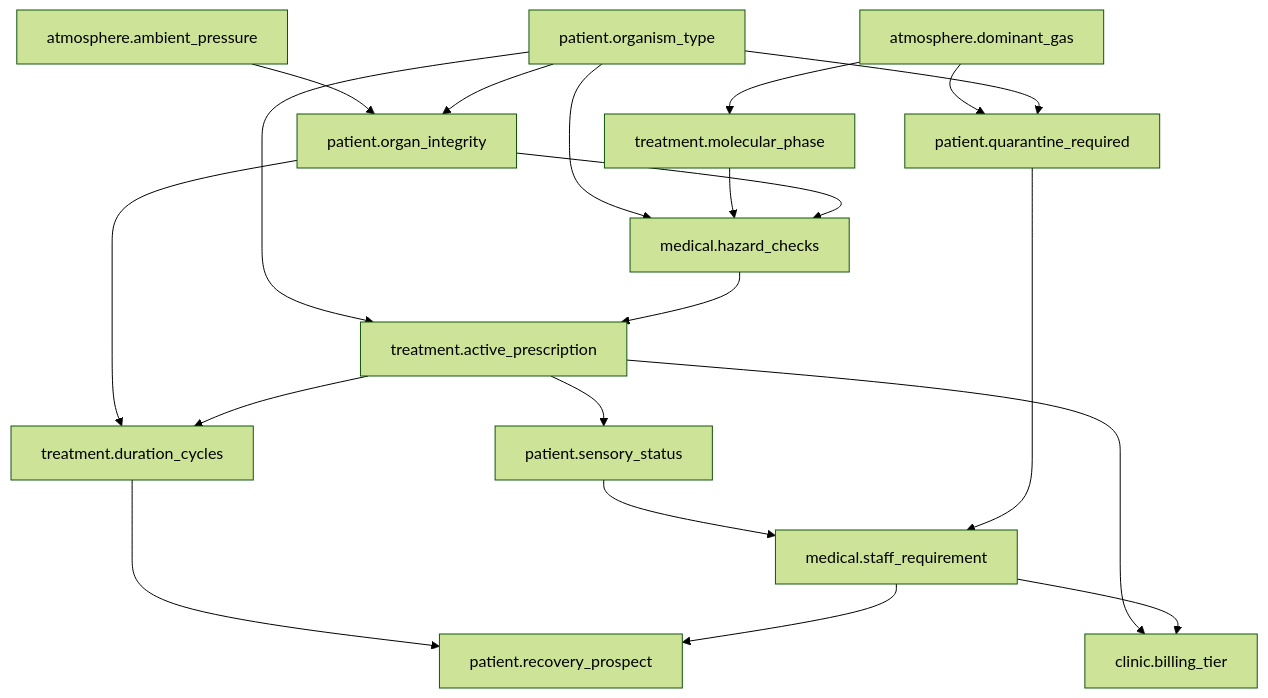
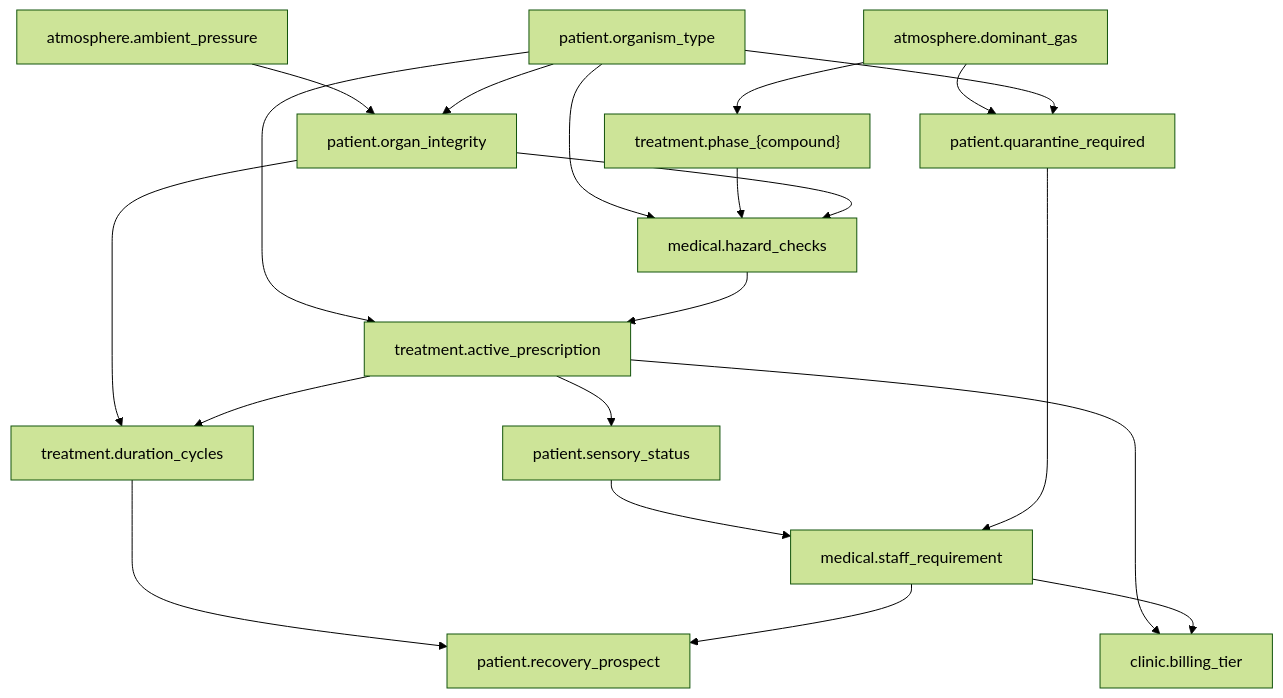
The second of 2 diagrams in domains.md (sultann-301/Belief-Aware-LLMs), drawn with Mermaid (forest theme) before and after one commit. The commit also changed other lines of this file, not shown here.

````diff
--- a/domains.md
+++ b/domains.md
@@ -306,33 +311,33 @@
 ```mermaid
 graph TD
     %% Atmospheric Drivers
-    Atmos_Gas["atmosphere.dominant_gas"] --> Phase["treatment.molecular_phase"]
+    Atmos_Gas["atmosphere.dominant_gas"] --> Phase["treatment.phase_{compound}"]
     Atmos_Gas --> Quar["patient.quarantine_required"]
     Atmos_Press["atmosphere.ambient_pressure"] --> Integrity["patient.organ_integrity"]
 
     %% Biological Inputs
     Species["patient.organism_type"] --> Integrity
     Species --> Quar
     Species --> Hazards["medical.hazard_checks"]
 
     %% Treatment Inputs
     Phase --> Hazards
     Integrity --> Hazards
     Integrity --> Dur["treatment.duration_cycles"]
 
     %% Selection & Cascades
     Species --> Selection["treatment.active_prescription"]
     Hazards --> Selection
     Selection --> SideEffect["patient.sensory_status"]
     Selection --> Dur
 
     %% Late Stage derivations
     SideEffect --> Staff["medical.staff_requirement"]
     Quar --> Staff
     
     Dur --> Recov["patient.recovery_prospect"]
     Staff --> Recov
     
     Selection --> Bill["clinic.billing_tier"]
     Staff --> Bill
 ```
````
